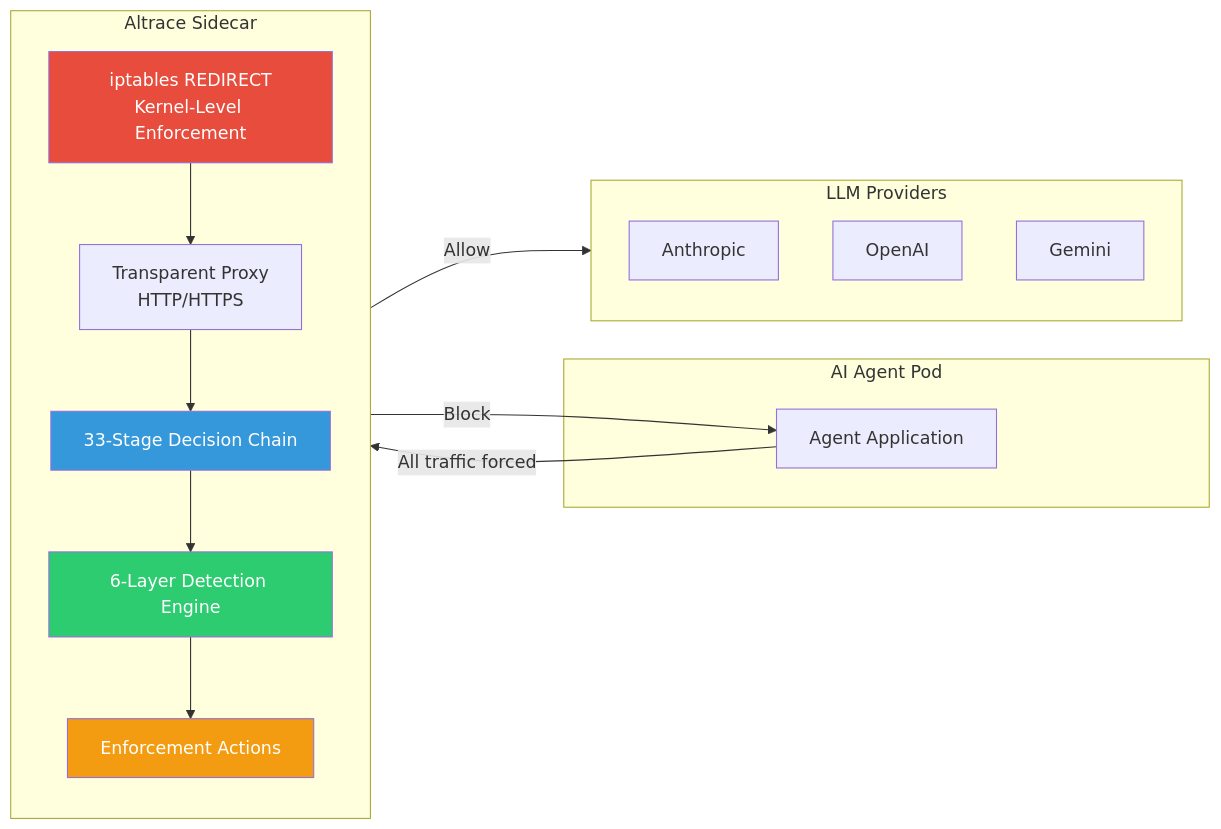
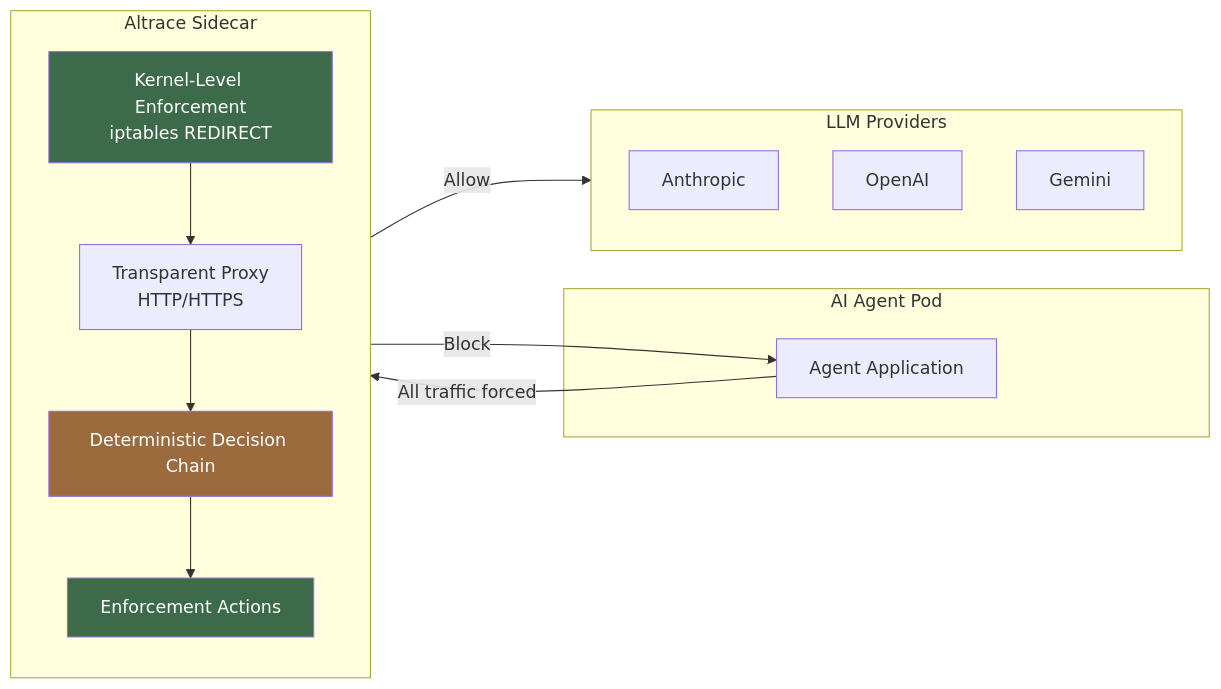
One commit to k4rthiknerella/altrace-web changed the first of 2 diagrams in site/assets/architecture-diagram.md. Above: the diagram before and after it, drawn with Mermaid. The commit also changed other lines of this file and 8 other files, not shown here.

First line of the commit message:
Phase 1 foundation: sitewide nav/CTA, claims scrub, IP-tighten architecture

````diff
--- a/site/assets/architecture-diagram.md
+++ b/site/assets/architecture-diagram.md
@@ -5,34 +9,31 @@
 ```mermaid
 flowchart LR
     subgraph Agent["AI Agent Pod"]
         A[Agent Application]
     end
 
     subgraph Altrace["Altrace Sidecar"]
         direction TB
-        IPT[iptables REDIRECT<br/>Kernel-Level Enforcement]
+        IPT[Kernel-Level Enforcement<br/>iptables REDIRECT]
         PROXY[Transparent Proxy<br/>HTTP/HTTPS]
-        CHAIN[33-Stage Decision Chain]
-        DETECT[6-Layer Detection Engine]
+        CHAIN[Deterministic Decision Chain]
         ENF[Enforcement Actions]
     end
 
     subgraph Providers["LLM Providers"]
         ANT[Anthropic]
         OAI[OpenAI]
         GEM[Gemini]
     end
 
     A -->|All traffic forced| IPT
     IPT --> PROXY
     PROXY --> CHAIN
-    CHAIN --> DETECT
-    DETECT --> ENF
+    CHAIN --> ENF
     ENF -->|Allow| Providers
     ENF -->|Block| A
 
-    style IPT fill:#e74c3c,color:#fff
-    style CHAIN fill:#3498db,color:#fff
-    style DETECT fill:#2ecc71,color:#fff
-    style ENF fill:#f39c12,color:#fff
+    style IPT fill:#3D6B4A,color:#fff
+    style CHAIN fill:#9B6B3E,color:#fff
+    style ENF fill:#3D6B4A,color:#fff
 ```
````
